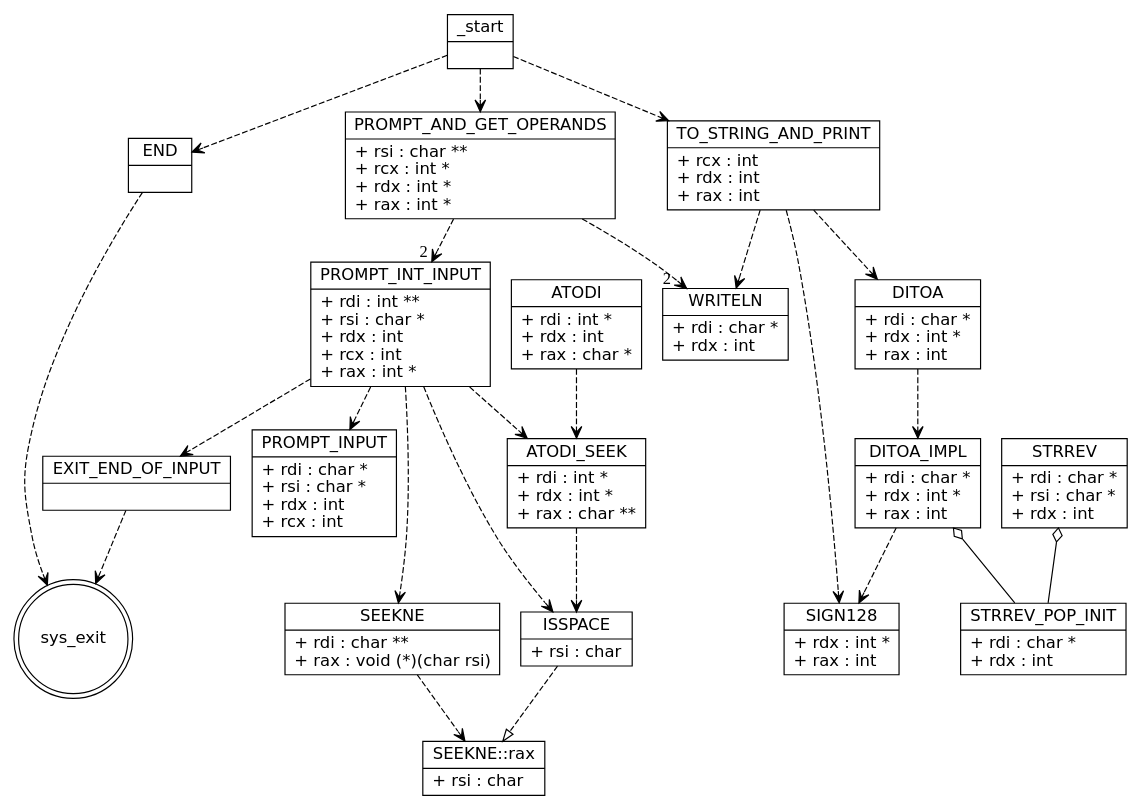
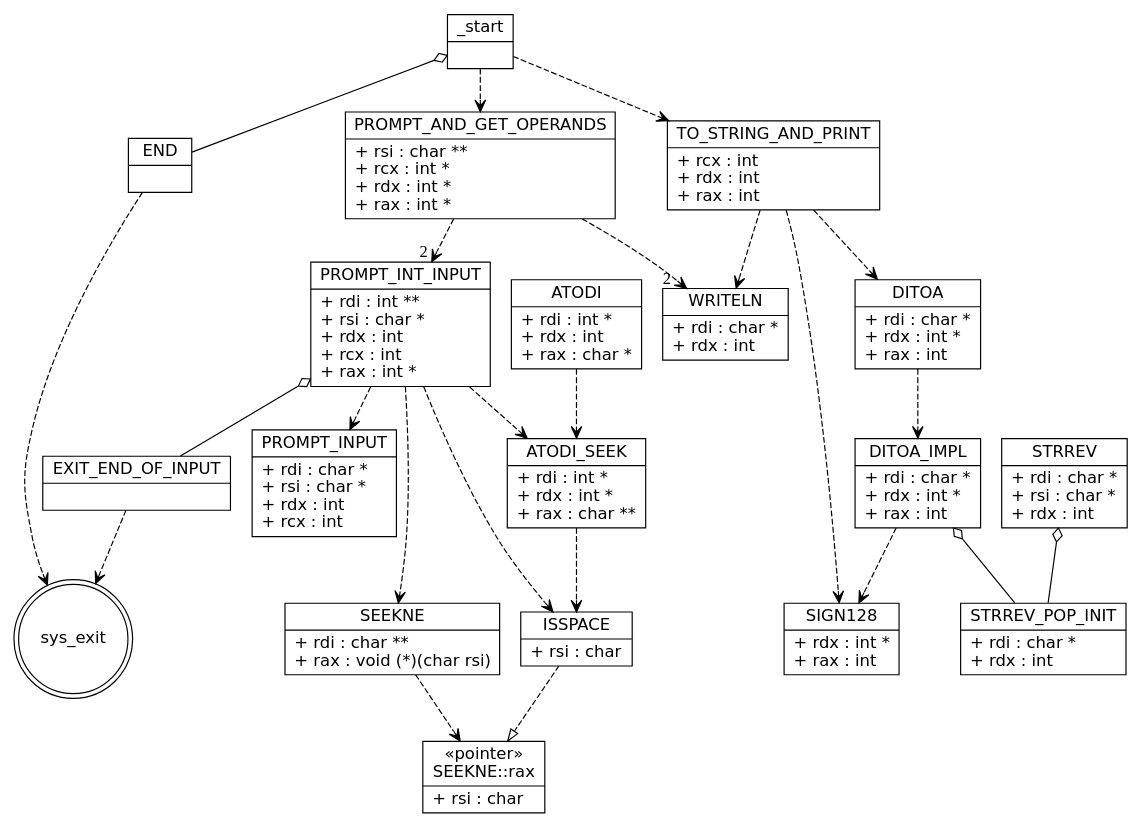
Before and after one commit to lduran2/computer_architecture-projects: the diagram in x86-calc/umllike.dot, drawn with Graphviz. The commit also changed 2 other files, not shown here.

Commit message:
[x86-calc] UML aggregation for end/exit, pointer rax

```diff
--- a/x86-calc/umllike.dot
+++ b/x86-calc/umllike.dot
@@ -1,172 +1,174 @@
 /* Note that this is not exactly a UML diagram.
    Rather, it treats functions as classes
    with their parameters as public fields.
  */
 
 digraph x86calc {
+    /* nodes */
     node [
         shape = "record",
         fontname = "Verdana,DejaVu Sans,Bitstream Vera Sans"
     ];
 
     _start [
         label = "{\N|}"
     ];
 
     END [
         label = "{\N|}"
     ];
 
     PROMPT_AND_GET_OPERANDS [
         label = "{\N|+ rsi : char **\l+ rcx : int *\l+ rdx : int *\l+ rax : int *\l}"
     ];
 
     TO_STRING_AND_PRINT [
         label = "{\N|+ rcx : int\l+ rdx : int\l+ rax : int\l}"
     ];
 
     PROMPT_INT_INPUT [
         label = "{\N|+ rdi : int **\l+ rsi : char *\l+ rdx : int\l+ rcx : int\l+ rax : int *\l}"
     ];
 
     WRITELN [
         label = "{\N|+ rdi : char *\l+ rdx : int\l}"
     ];
 
     PROMPT_INPUT [
         label = "{\N|+ rdi : char *\l+ rsi : char *\l+ rdx : int\l+ rcx : int\l}"
     ];
 
     SEEKNE [
         label = "{\N|+ rdi : char **\l+ rax : void (*)(char rsi)\l}"
     ];
 
     SEEKNE_rax [
-        label = "{SEEKNE::rax|+ rsi : char\l}"
+        label = "{&laquo;pointer&raquo;\nSEEKNE::rax|+ rsi : char\l}"
     ];
 
     ATODI [
         label = "{\N|+ rdi : int *\l+ rdx : int\l+ rax : char *\l}"
     ];
 
     ATODI_SEEK [
         label = "{\N|+ rdi : int *\l+ rdx : int *\l+ rax : char **\l}"
     ];
 
     ISSPACE [
         label = "{\N|+ rsi : char\l}"
     ];
 
     DITOA [
         label = "{\N|+ rdi : char *\l+ rdx : int *\l+ rax : int\l}"
     ];
  
     DITOA_IMPL [
         label = "{\N|+ rdi : char *\l+ rdx : int *\l+ rax : int\l}"
     ];
 
     SIGN128 [
         label = "{\N|+ rdx : int *\l+ rax : int\l}"
     ];
 
     STRREV [
         label = "{\N|+ rdi : char *\l+ rsi : char *\l+ rdx : int\l}"
     ];
 
     STRREV_POP_INIT [
         label = "{\N|+ rdi : char *\l+ rdx : int\l}"
     ];
  
     EXIT_END_OF_INPUT [
         label = "{\N|}"
     ];
 
     sys_exit [
         shape = "doublecircle"
-    ]
+    ];
 
+    /* edges */
     _start -> PROMPT_AND_GET_OPERANDS [
         style="dashed", arrowhead="vee"
     ];
     _start -> TO_STRING_AND_PRINT [
         style="dashed", arrowhead="vee"
     ];
     _start -> END [
-        style="dashed", arrowhead="vee"
+        dir="back", arrowtail="odiamond"
     ];
 
     END -> sys_exit [
         style="dashed", arrowhead="vee"
     ];
 
     PROMPT_AND_GET_OPERANDS -> PROMPT_INT_INPUT [
         style="dashed", arrowhead="vee",
         headlabel="2 "
     ];
     PROMPT_AND_GET_OPERANDS -> WRITELN [
         style="dashed", arrowhead="vee",
         headlabel="2   "
     ];
 
     TO_STRING_AND_PRINT -> SIGN128 [
         style="dashed", arrowhead="vee"
     ];
     TO_STRING_AND_PRINT -> DITOA [
         style="dashed", arrowhead="vee"
     ];
     TO_STRING_AND_PRINT -> WRITELN [
         style="dashed", arrowhead="vee"
     ];
 
     PROMPT_INT_INPUT -> PROMPT_INPUT [
         style="dashed", arrowhead="vee"
     ];
     PROMPT_INT_INPUT -> ISSPACE [
         style="dashed", arrowhead="vee"
     ];
     PROMPT_INT_INPUT -> SEEKNE [
         style="dashed", arrowhead="vee"
     ];
     PROMPT_INT_INPUT -> EXIT_END_OF_INPUT [
-        style="dashed", arrowhead="vee"
+        dir="back", arrowtail="odiamond"
     ];
     PROMPT_INT_INPUT -> ATODI_SEEK [
         style="dashed", arrowhead="vee"
     ];
 
     EXIT_END_OF_INPUT -> sys_exit [
         style="dashed", arrowhead="vee"
     ];
 
     SEEKNE -> SEEKNE_rax [
         style="dashed", arrowhead="vee"
     ];
 
     ISSPACE -> SEEKNE_rax [
         style="dashed", arrowhead="empty"
     ];
 
     ATODI -> ATODI_SEEK [
         style="dashed", arrowhead="vee"
     ];
 
     ATODI_SEEK -> ISSPACE [
         style="dashed", arrowhead="vee"
     ];
 
     DITOA -> DITOA_IMPL [
         style="dashed", arrowhead="vee"
     ];
 
     DITOA_IMPL -> SIGN128 [
         style="dashed", arrowhead="vee"
     ];
     DITOA_IMPL -> STRREV_POP_INIT [
         dir="back", arrowtail="odiamond"
     ];
 
     STRREV -> STRREV_POP_INIT [
         dir="back", arrowtail="odiamond"
     ];
 
 }
```
